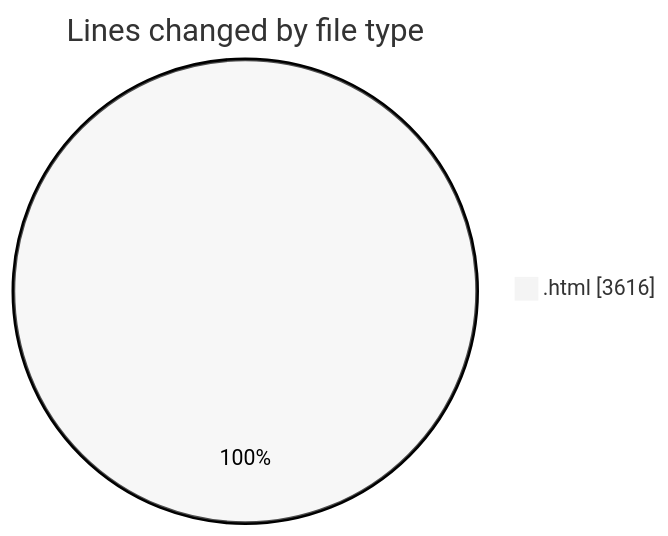
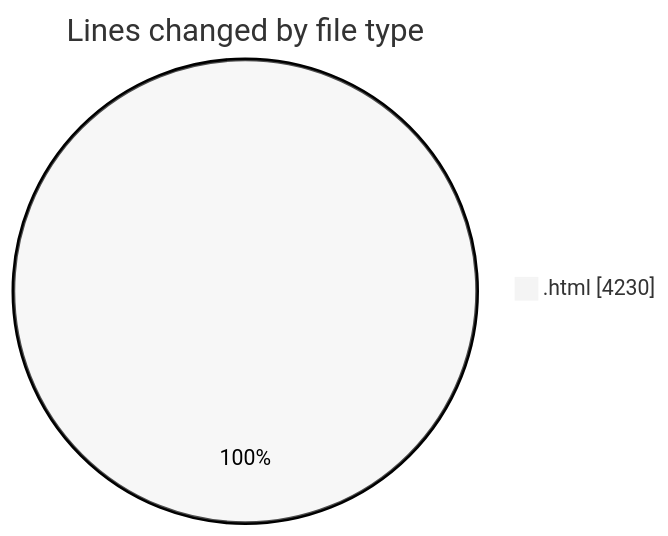
The first of 2 diagrams in 2025-05-22/filetransfer/README.md (Ritupan-Deka/code-tracking), drawn with Mermaid (neutral theme) before and after one commit. The commit also changed other lines of this file and 1 other file, not shown here.

````diff
--- a/2025-05-22/filetransfer/README.md
+++ b/2025-05-22/filetransfer/README.md
@@ -20,5 +20,5 @@
 ```mermaid
 pie showData
 title Lines changed by file type
-".html" : 3616
+".html" : 4230
 ```
````
